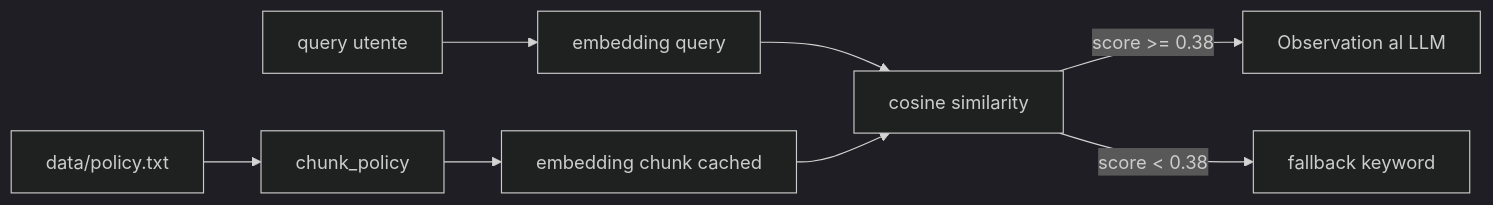
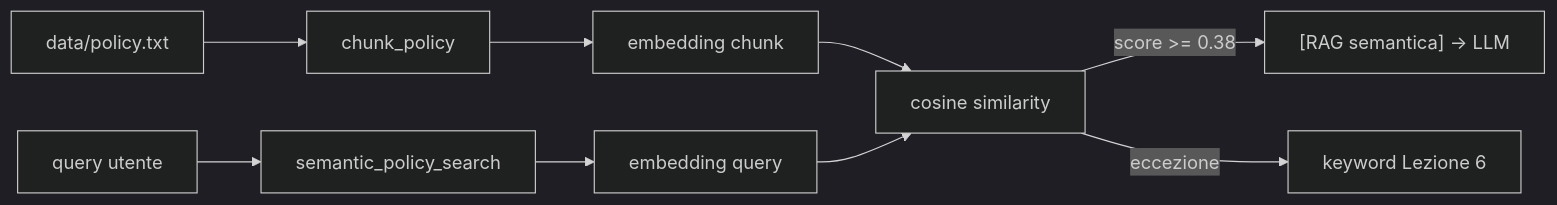
Before and after one commit to Impesud/agentic-triage-system: the third of 3 diagrams in README.md, drawn with Mermaid (dark theme). The commit also changed other lines of this file and 4 other files, not shown here.

First line of the commit message:
docs: clarify RAG as primary path and keyword as exception

````diff
--- a/README.md
+++ b/README.md
@@ -143,10 +145,11 @@
 ```mermaid
 flowchart LR
-    Q[query utente] --> EmbQ[embedding query]
+    Q[query utente] --> RAG[semantic_policy_search]
     Policy[data/policy.txt] --> Chunk[chunk_policy]
-    Chunk --> EmbC[embedding chunk cached]
-    EmbQ --> Cos[cosine similarity]
-    EmbC --> Cos
-    Cos -->|score >= 0.38| Obs[Observation al LLM]
-    Cos -->|score < 0.38| KW[fallback keyword]
+    Chunk --> EmbC[embedding chunk]
+    RAG --> EmbQ[embedding query]
+    EmbC --> Cos[cosine similarity]
+    EmbQ --> Cos
+    Cos -->|score >= 0.38| Obs["[RAG semantica] → LLM"]
+    Cos -->|eccezione| KW["keyword Lezione 6"]
 ```
````
